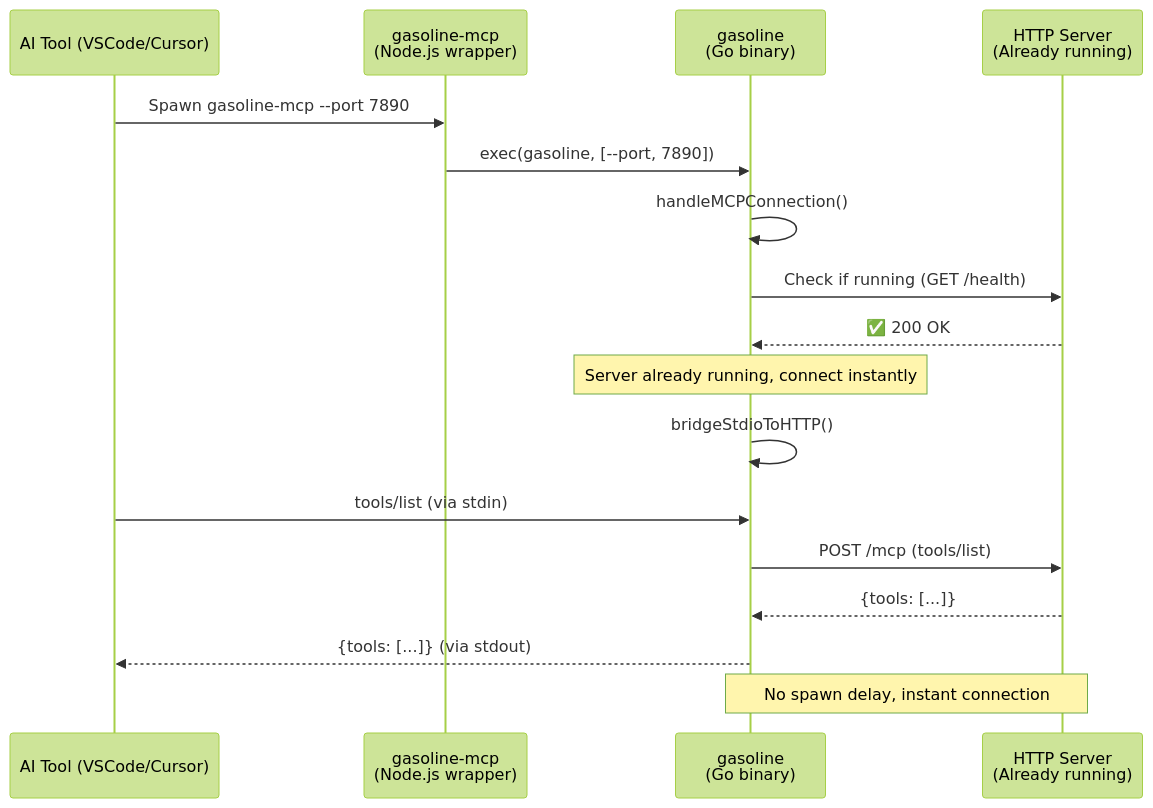
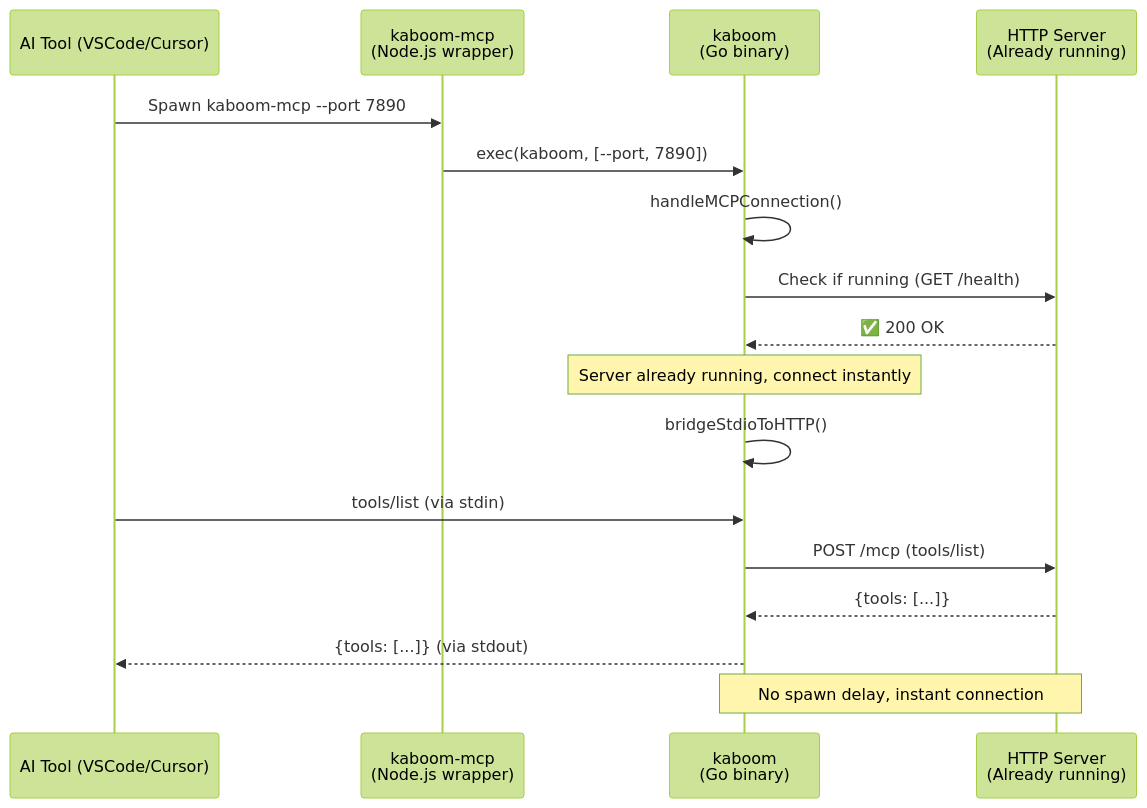
Before and after one commit to brennhill/gasoline-mcp-ai-devtools: the second of 17 diagrams in docs/features/mcp-persistent-server/architecture.md, drawn with Mermaid (forest theme). The commit also changed other lines of this file and 1983 other files, not shown here.

````diff
--- a/docs/features/mcp-persistent-server/architecture.md
+++ b/docs/features/mcp-persistent-server/architecture.md
@@ -66,24 +66,24 @@
 ```mermaid
 sequenceDiagram
     participant User as AI Tool (VSCode/Cursor)
-    participant Wrapper as gasoline-mcp<br/>(Node.js wrapper)
-    participant Binary as gasoline<br/>(Go binary)
+    participant Wrapper as kaboom-mcp<br/>(Node.js wrapper)
+    participant Binary as kaboom<br/>(Go binary)
     participant Server as HTTP Server<br/>(Already running)
 
-    User->>Wrapper: Spawn gasoline-mcp --port 7890
-    Wrapper->>Binary: exec(gasoline, [--port, 7890])
+    User->>Wrapper: Spawn kaboom-mcp --port 7890
+    Wrapper->>Binary: exec(kaboom, [--port, 7890])
 
     Binary->>Binary: handleMCPConnection()
     Binary->>Server: Check if running (GET /health)
     Server-->>Binary: ✅ 200 OK
 
     Note over Binary: Server already running, connect instantly
     Binary->>Binary: bridgeStdioToHTTP()
 
     User->>Binary: tools/list (via stdin)
     Binary->>Server: POST /mcp (tools/list)
     Server-->>Binary: {tools: [...]}
     Binary-->>User: {tools: [...]} (via stdout)
 
     Note over Binary,Server: No spawn delay, instant connection
 ```
````
